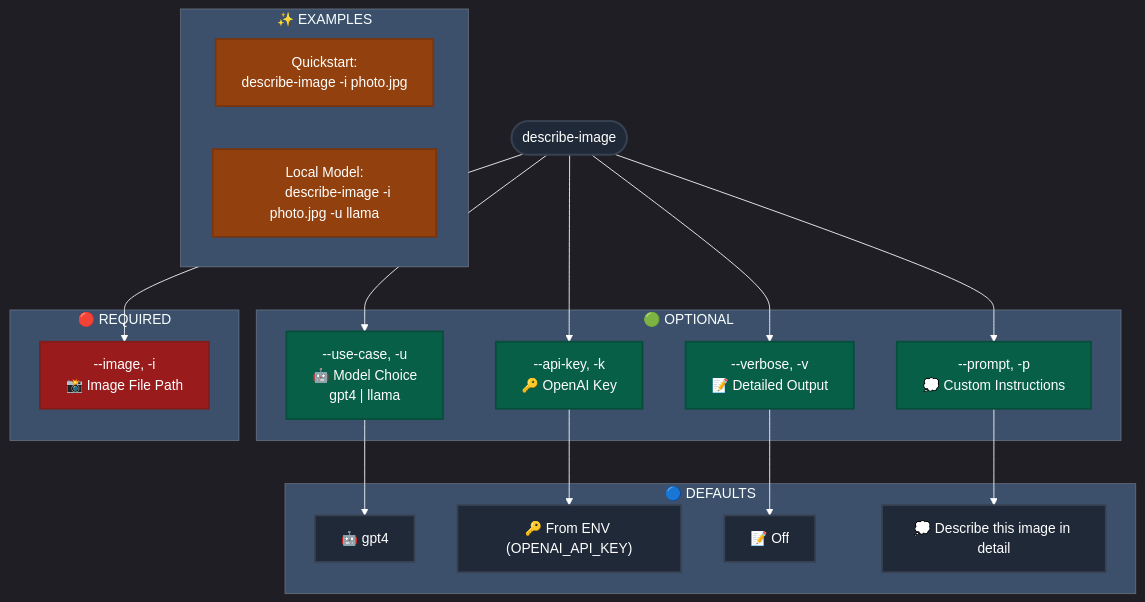
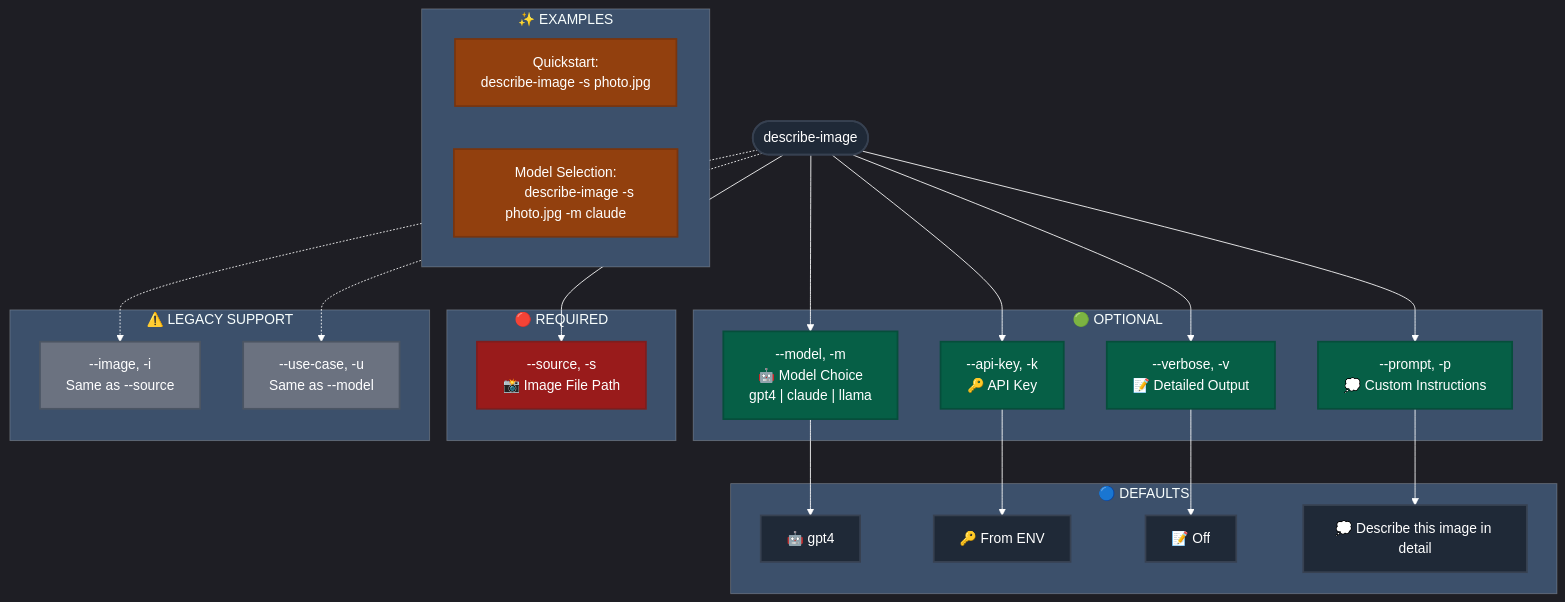
The diagram in docs/documentation/cli/image_description.md (MDGrey33/pyvisionai-website), drawn with Mermaid before and after one commit. The commit also changed 5 other files, not shown here.

````diff
--- a/docs/documentation/cli/image_description.md
+++ b/docs/documentation/cli/image_description.md
@@ -3,59 +3,70 @@
 ```mermaid
 %%{init: {'theme': 'dark', 'themeVariables': { 'darkMode': true, 'primaryColor': '#1f2937', 'primaryTextColor': '#fff', 'primaryBorderColor': '#374151', 'lineColor': '#fff', 'textColor': '#fff', 'mainBkg': '#1f2937' }}}%%
 graph TD
     classDef function fill:#3b82f6,stroke:#1d4ed8,stroke-width:2px,color:#fff
     classDef required fill:#991b1b,stroke:#7f1d1d,stroke-width:2px,color:#fff
     classDef optional fill:#065f46,stroke:#064e3b,stroke-width:2px,color:#fff
     classDef default fill:#1f2937,stroke:#374151,stroke-width:2px,color:#fff
     classDef example fill:#92400e,stroke:#78350f,stroke-width:2px,color:#fff
+    classDef legacy fill:#6b7280,stroke:#4b5563,stroke-width:2px,color:#fff
 
     CLI(["describe-image"])
 
     subgraph EXAMPLES["✨ EXAMPLES"]
         Basic["Quickstart:
-        describe-image -i photo.jpg"]
+        describe-image -s photo.jpg"]
 
-        Local["Local Model:
-        describe-image -i photo.jpg -u llama"]
+        Model["Model Selection:
+        describe-image -s photo.jpg -m claude"]
     end
 
     subgraph OPTIONAL["🟢 OPTIONAL"]
-        Model["--use-case, -u
+        ModelOpt["--model, -m
         🤖 Model Choice
-        gpt4 | llama"]
+        gpt4 | claude | llama"]
 
         Key["--api-key, -k
-        🔑 OpenAI Key"]
+        🔑 API Key"]
 
         Verbose["--verbose, -v
         📝 Detailed Output"]
 
         Prompt["--prompt, -p
         💭 Custom Instructions"]
     end
 
     subgraph REQUIRED["🔴 REQUIRED"]
-        Image["--image, -i
+        Source["--source, -s
         📸 Image File Path"]
+    end
+
+    subgraph LEGACY["⚠️ LEGACY SUPPORT"]
+        ImageLegacy["--image, -i
+        Same as --source"]
+        
+        UseCaseLegacy["--use-case, -u
+        Same as --model"]
     end
 
     subgraph DEFAULTS["🔵 DEFAULTS"]
         ModelDefault["🤖 gpt4"]
-        KeyDefault["🔑 From ENV (OPENAI_API_KEY)"]
+        KeyDefault["🔑 From ENV"]
         VerboseDefault["📝 Off"]
         PromptDefault["💭 Describe this image in detail"]
     end
 
-    CLI --> Image
-    CLI --> Model & Key & Verbose & Prompt
+    CLI --> Source
+    CLI --> ModelOpt & Key & Verbose & Prompt
+    CLI -.-> ImageLegacy & UseCaseLegacy
 
-    Model --> ModelDefault
+    ModelOpt --> ModelDefault
     Key --> KeyDefault
     Verbose --> VerboseDefault
     Prompt --> PromptDefault
 
-    class Image required
-    class Model,Key,Verbose,Prompt optional
+    class Source required
+    class ModelOpt,Key,Verbose,Prompt optional
     class ModelDefault,KeyDefault,VerboseDefault,PromptDefault default
-    class Basic,Local example
+    class Basic,Model example
+    class ImageLegacy,UseCaseLegacy legacy
 ``` 
````
